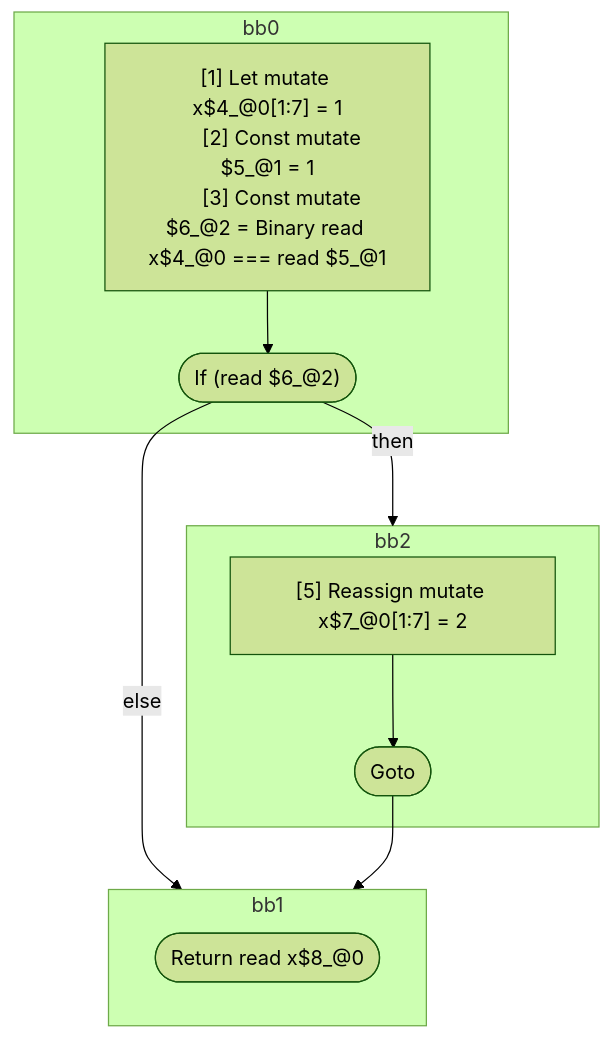
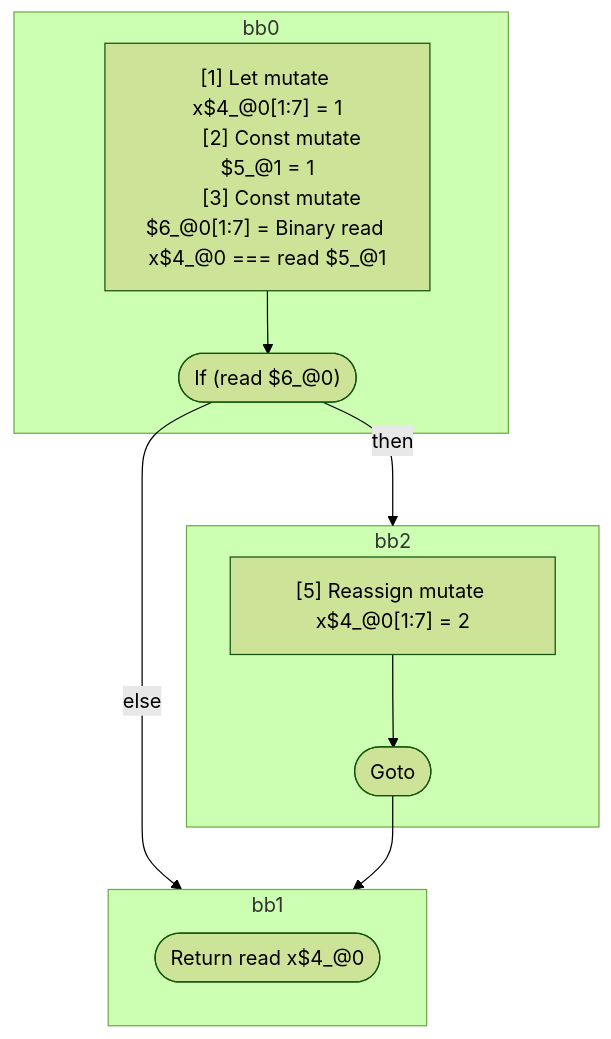
The diagram in compiler/forget/src/__tests__/fixtures/hir/ssa-return.expect.md (wutsmog/private), drawn with Mermaid (forest theme) before and after one commit. The commit also changed other lines of this file and 61 other files, not shown here.

````diff
--- a/compiler/forget/src/__tests__/fixtures/hir/ssa-return.expect.md
+++ b/compiler/forget/src/__tests__/fixtures/hir/ssa-return.expect.md
@@ -38,27 +36,27 @@
 ```mermaid
 flowchart TB
   %% Basic Blocks
   subgraph bb0
     bb0_instrs["
       [1] Let mutate x$4_@0[1:7] = 1
       [2] Const mutate $5_@1 = 1
-      [3] Const mutate $6_@2 = Binary read x$4_@0 === read $5_@1
+      [3] Const mutate $6_@0[1:7] = Binary read x$4_@0 === read $5_@1
     "]
-    bb0_instrs --> bb0_terminal(["If (read $6_@2)"])
+    bb0_instrs --> bb0_terminal(["If (read $6_@0)"])
   end
   subgraph bb2
     bb2_instrs["
-      [5] Reassign mutate x$7_@0[1:7] = 2
+      [5] Reassign mutate x$4_@0[1:7] = 2
     "]
     bb2_instrs --> bb2_terminal(["Goto"])
   end
   subgraph bb1
-    bb1_terminal(["Return read x$8_@0"])
+    bb1_terminal(["Return read x$4_@0"])
   end
 
   %% Jumps
   bb0_terminal -- "then" --> bb2
   bb0_terminal -- "else" --> bb1
   bb2_terminal --> bb1
 
 ```
````
